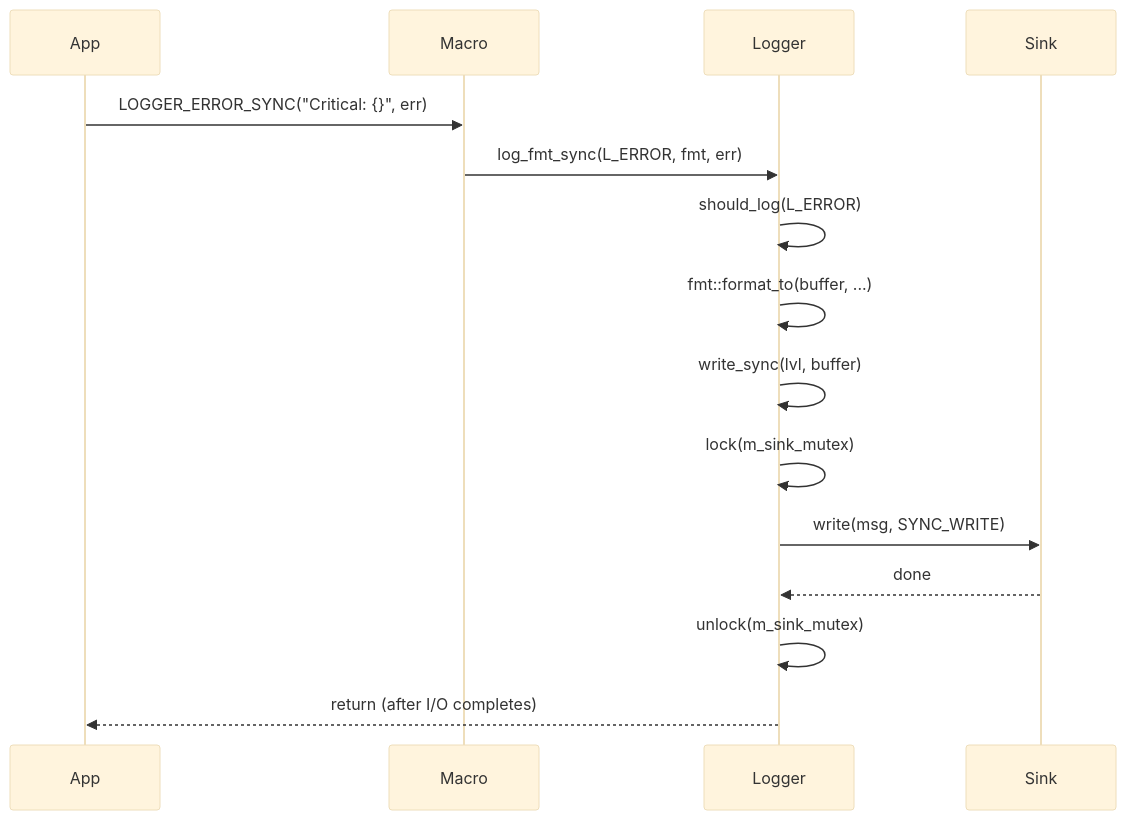
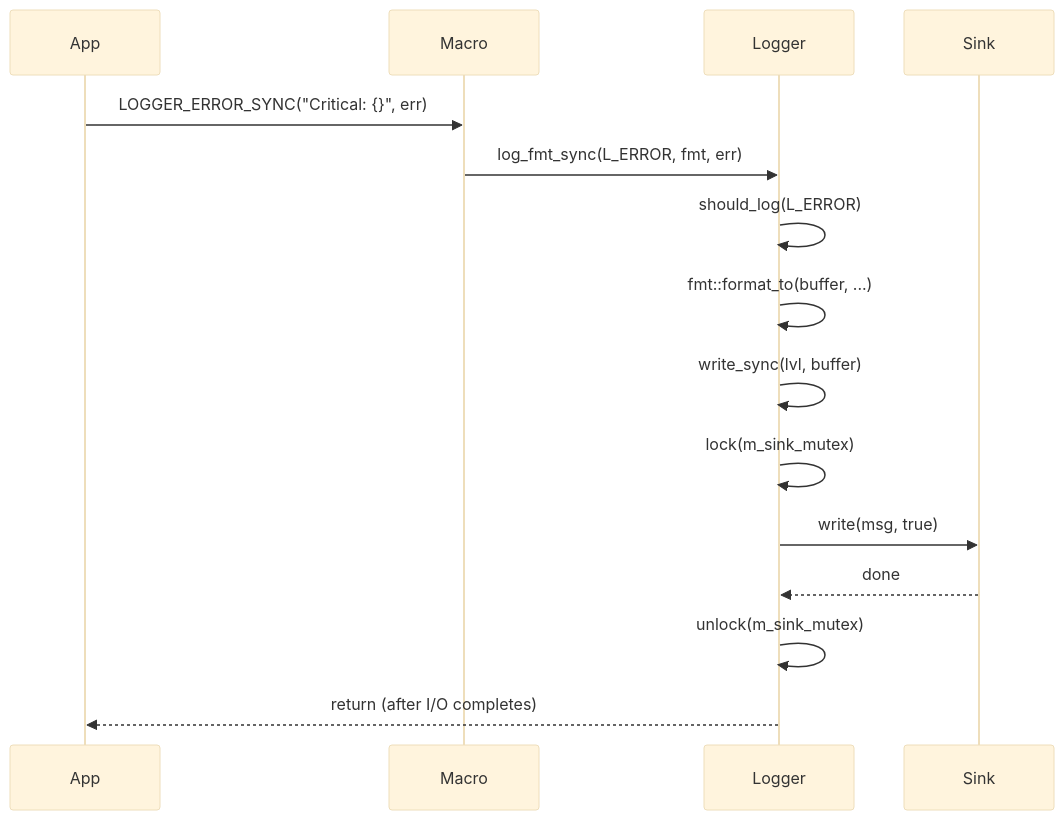
The fourth of 6 diagrams in cpp/docs/HEP/HEP-CORE-0004-async-logger.md (Qing-LAB/pylabhub), drawn with Mermaid (base theme) before and after one commit. The commit also changed other lines of this file and 27 other files, not shown here.

````diff
--- a/cpp/docs/HEP/HEP-CORE-0004-async-logger.md
+++ b/cpp/docs/HEP/HEP-CORE-0004-async-logger.md
@@ -260,18 +260,18 @@
 ```mermaid
 sequenceDiagram
     participant App
     participant Macro
     participant Logger
     participant Sink
 
     App->>Macro: LOGGER_ERROR_SYNC("Critical: {}", err)
     Macro->>Logger: log_fmt_sync(L_ERROR, fmt, err)
     Logger->>Logger: should_log(L_ERROR)
     Logger->>Logger: fmt::format_to(buffer, ...)
     Logger->>Logger: write_sync(lvl, buffer)
     Logger->>Logger: lock(m_sink_mutex)
-    Logger->>Sink: write(msg, SYNC_WRITE)
+    Logger->>Sink: write(msg, true)
     Sink-->>Logger: done
     Logger->>Logger: unlock(m_sink_mutex)
     Logger-->>App: return (after I/O completes)
 ```
````
